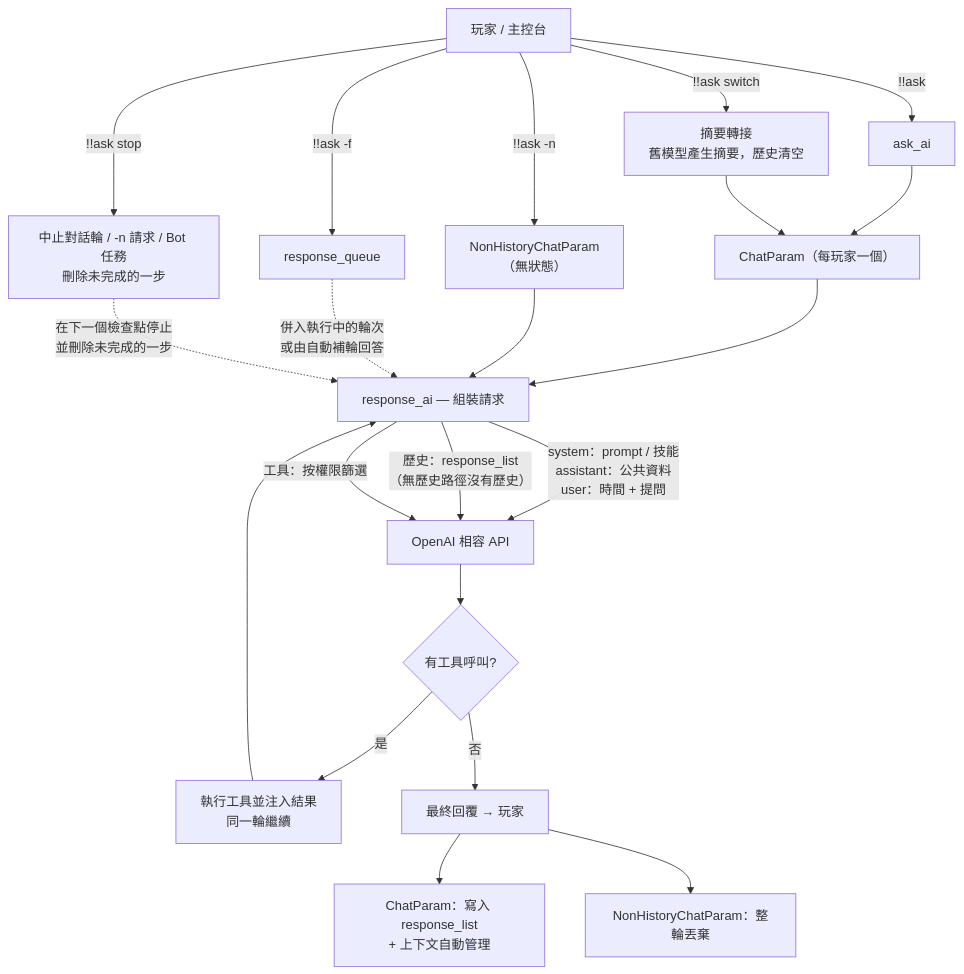
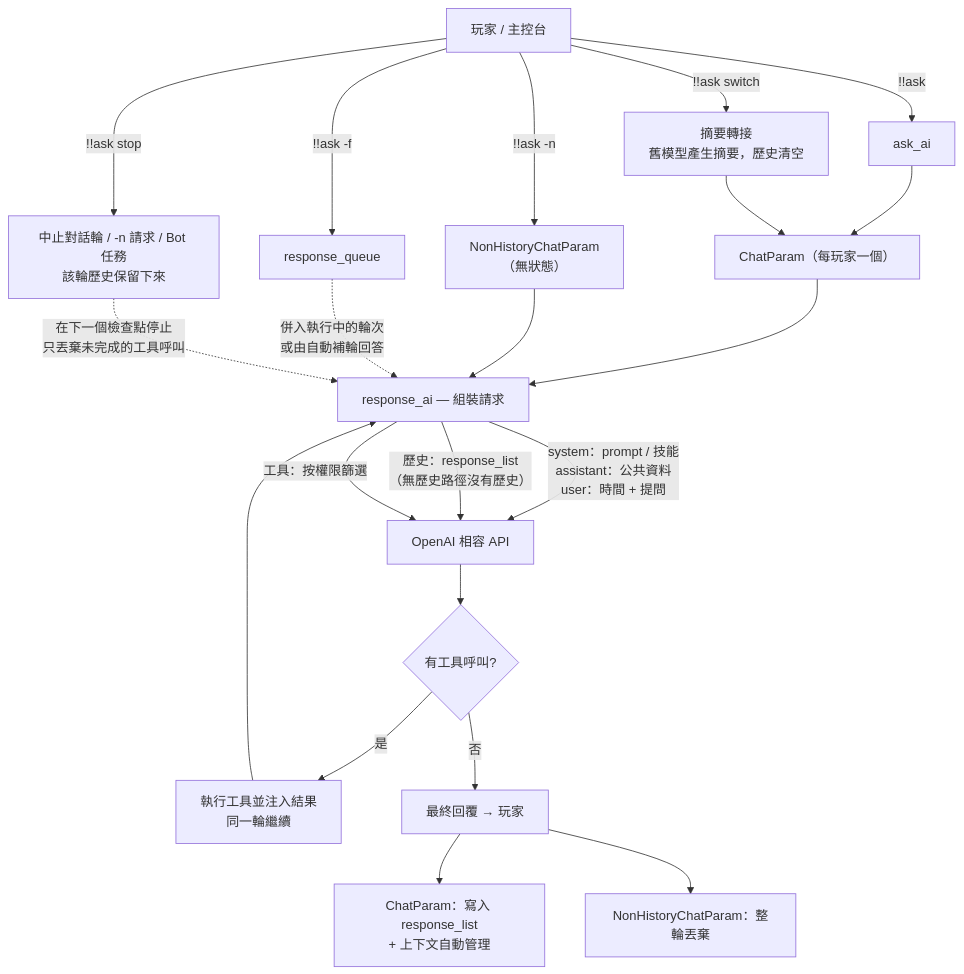
One commit to PengZixuan30/Games_AI changed the diagram in docs/zh_tw/ai-request-pipeline.md. Above: the diagram before and after it, drawn with Mermaid. The commit also changed other lines of this file and 41 other files, not shown here.

````diff
--- a/docs/zh_tw/ai-request-pipeline.md
+++ b/docs/zh_tw/ai-request-pipeline.md
@@ -27,26 +27,26 @@
 ```mermaid
 flowchart TD
     U["玩家 / 主控台"] -->|"!!ask <content>"| ASK["ask_ai"]
     U -->|"!!ask -n <content>"| NOH["NonHistoryChatParam<br/>（無狀態）"]
     U -->|"!!ask -f <content>"| QUEUE["response_queue"]
     U -->|"!!ask switch <model>"| SWITCH["摘要轉接<br/>舊模型產生摘要，歷史清空"]
-    U -->|"!!ask stop"| STOP["中止對話輪 / -n 請求 / Bot 任務<br/>刪除未完成的一步"]
+    U -->|"!!ask stop"| STOP["中止對話輪 / -n 請求 / Bot 任務<br/>該輪歷史保留下來"]
 
     ASK --> CP["ChatParam（每玩家一個）"]
     CP --> BUILD["response_ai — 組裝請求"]
     NOH --> BUILD
     BUILD -->|"system：prompt / 技能<br/>assistant：公共資料<br/>user：時間 + 提問"| API
     BUILD -->|"歷史：response_list<br/>（無歷史路徑沒有歷史）"| API
     BUILD -->|"工具：按權限篩選"| API
 
     API["OpenAI 相容 API"] --> TOOLCALL{"有工具呼叫?"}
     TOOLCALL -->|"是"| TOOL["執行工具並注入結果<br/>同一輪繼續"]
     TOOL --> BUILD
     TOOLCALL -->|"否"| REPLY["最終回覆 → 玩家"]
     REPLY --> SAVE["ChatParam：寫入 response_list<br/>+ 上下文自動管理"]
     REPLY --> DROP["NonHistoryChatParam：整輪丟棄"]
 
     QUEUE -.->|"併入執行中的輪次<br/>或由自動補輪回答"| BUILD
     SWITCH --> CP
-    STOP -.->|"在下一個檢查點停止<br/>並刪除未完成的一步"| BUILD
+    STOP -.->|"在下一個檢查點停止<br/>只丟棄未完成的工具呼叫"| BUILD
 ```
````
